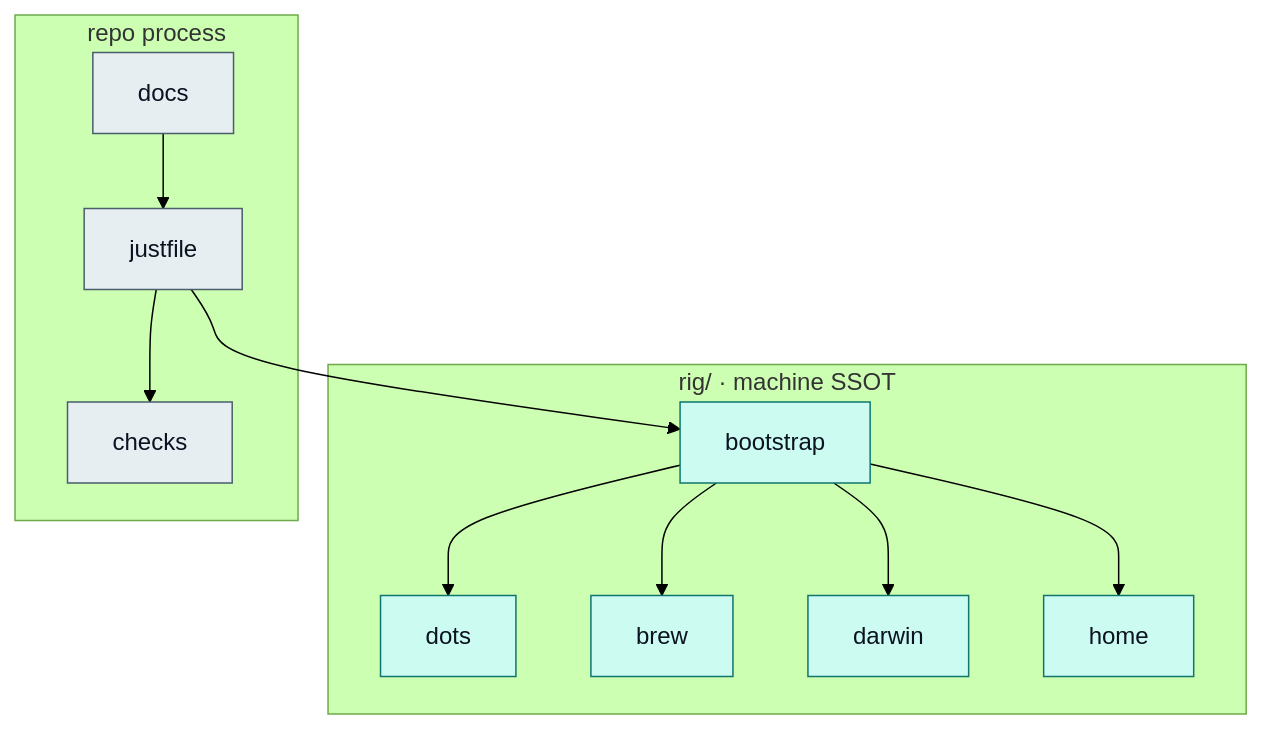
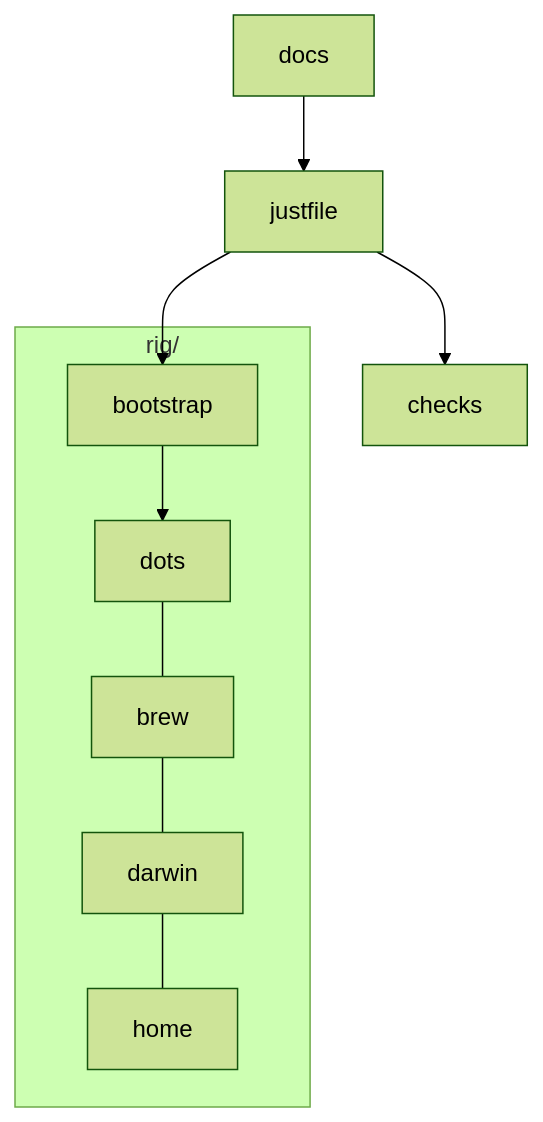
The diagram in docs/content/docs/domain-map.mdx (wyattowalsh/dotfiles), drawn with Mermaid (forest theme) before and after one commit. The commit also changed other lines of this file and 22 other files, not shown here.

````diff
--- a/docs/content/docs/domain-map.mdx
+++ b/docs/content/docs/domain-map.mdx
@@ -22,27 +18,12 @@
 ```mermaid
 flowchart TB
-  subgraph rig["rig/ · machine SSOT"]
-    dots[dots]
-    brew[brew]
-    darwin[darwin]
-    home[home]
-    boot[bootstrap]
+  subgraph rig["rig/"]
+    dots[dots] --- brew[brew]
+    brew --- darwin[darwin]
+    darwin --- home[home]
+    boot[bootstrap] --> dots
   end
-  subgraph repo["repo process"]
-    checks[checks]
-    docs[docs]
-    just[justfile]
-  end
-  boot --> dots
-  boot --> brew
-  boot --> darwin
-  boot --> home
-  just --> checks
-  just --> boot
-  docs --> just
-
-  classDef signal fill:#ccfbf1,stroke:#0f766e,color:#0b1220
-  classDef mute fill:#e6eef2,stroke:#4a5d6a,color:#0b1220
-  class dots,brew,darwin,home,boot signal
-  class checks,docs,just mute
+  just[justfile] --> boot
+  just --> checks[checks]
+  docs[docs] --> just
 ```
````
